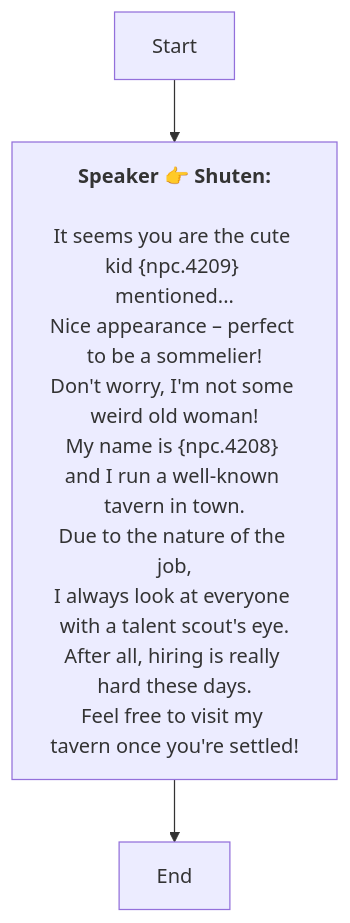
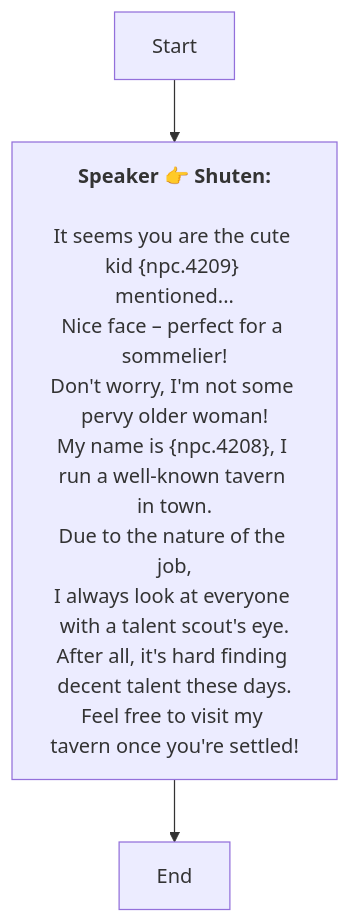
Before and after one commit to SoftHu/tos_avg: the diagram in En/AddDialogNode_1741889867296003.md, drawn with Mermaid. The commit also changed 297 other files, not shown here.

````diff
--- a/En/AddDialogNode_1741889867296003.md
+++ b/En/AddDialogNode_1741889867296003.md
@@ -1,15 +1,15 @@
 ```mermaid
 graph
 Start -->1741906499870021[<b>Speaker 👉 Shuten:</b>
 
 It seems you are the cute kid &lbrace;npc.4209&rbrace; mentioned...
-Nice appearance – perfect to be a sommelier!
-Don't worry, I'm not some weird old woman!
-My name is &lbrace;npc.4208&rbrace; and I run a well-known tavern in town.
+Nice face – perfect for a sommelier!
+Don't worry, I'm not some pervy older woman!
+My name is &lbrace;npc.4208&rbrace;, I run a well-known tavern in town.
 Due to the nature of the job,
 I always look at everyone with a talent scout's eye.
-After all, hiring is really hard these days.
+After all, it's hard finding decent talent these days.
 Feel free to visit my tavern once you're settled!]
 1741906499870021 -->1741908338957638[End]
 
  ```
````
